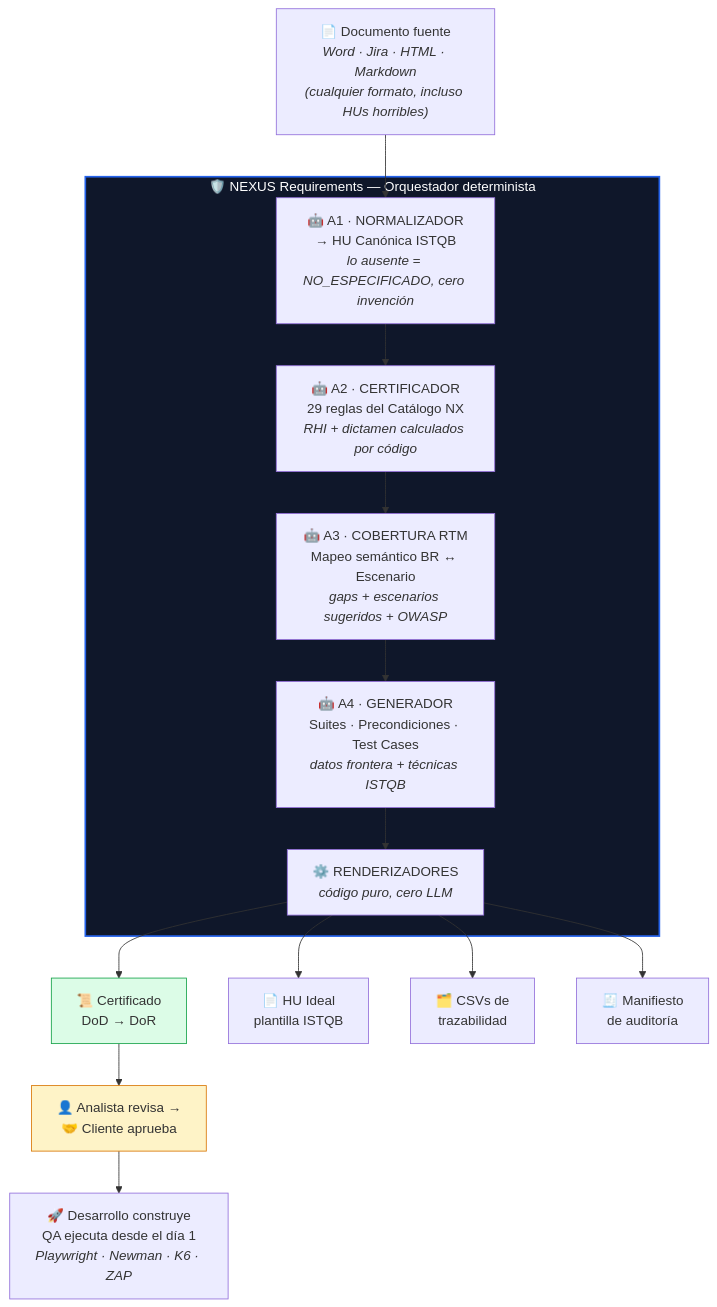
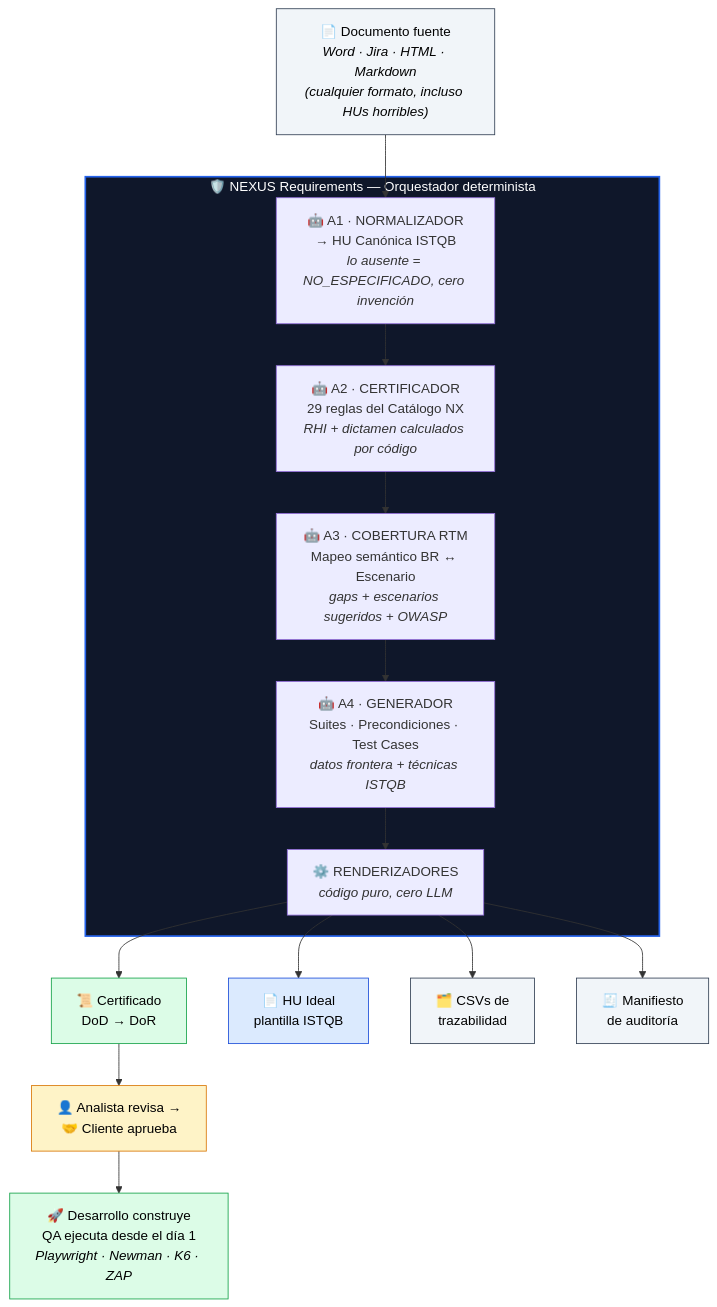
One commit to E-Gregorio/nexus-requirements changed the first of 2 diagrams in README.md. Above: the diagram before and after it, drawn with Mermaid. The commit also changed other lines of this file and 31 other files, not shown here.

````diff
--- a/README.md
+++ b/README.md
@@ -58,24 +85,29 @@
 ```mermaid
 flowchart TD
     A["📄 Documento fuente<br/><i>Word · Jira · HTML · Markdown<br/>(cualquier formato, incluso HUs horribles)</i>"] --> B
 
     subgraph NEXUS ["🛡️ NEXUS Requirements — Orquestador determinista"]
         B["🤖 A1 · NORMALIZADOR<br/>→ HU Canónica ISTQB<br/><i>lo ausente = NO_ESPECIFICADO, cero invención</i>"]
         B --> C["🤖 A2 · CERTIFICADOR<br/>29 reglas del Catálogo NX<br/><i>RHI + dictamen calculados por código</i>"]
         C --> D["🤖 A3 · COBERTURA RTM<br/>Mapeo semántico BR ↔ Escenario<br/><i>gaps + escenarios sugeridos + OWASP</i>"]
         D --> E["🤖 A4 · GENERADOR<br/>Suites · Precondiciones · Test Cases<br/><i>datos frontera + técnicas ISTQB</i>"]
         E --> F["⚙️ RENDERIZADORES<br/><i>código puro, cero LLM</i>"]
     end
 
     F --> G["📜 Certificado<br/>DoD → DoR"]
     F --> H["📄 HU Ideal<br/>plantilla ISTQB"]
     F --> I["🗂️ CSVs de<br/>trazabilidad"]
     F --> J["🧾 Manifiesto<br/>de auditoría"]
 
     G --> K["👤 Analista revisa →<br/>🤝 Cliente aprueba"]
     K --> L["🚀 Desarrollo construye<br/>QA ejecuta desde el día 1<br/><i>Playwright · Newman · K6 · ZAP</i>"]
 
     style NEXUS fill:#0f172a,color:#fff,stroke:#2563EB,stroke-width:2px
-    style G fill:#dcfce7,stroke:#16a34a
-    style K fill:#fef3c7,stroke:#d97706
+    style A fill:#f1f5f9,stroke:#334155,color:#000
+    style G fill:#dcfce7,stroke:#16a34a,color:#000
+    style H fill:#dbeafe,stroke:#1d4ed8,color:#000
+    style I fill:#f1f5f9,stroke:#334155,color:#000
+    style J fill:#f1f5f9,stroke:#334155,color:#000
+    style K fill:#fef3c7,stroke:#d97706,color:#000
+    style L fill:#dcfce7,stroke:#16a34a,color:#000
 ```
````
